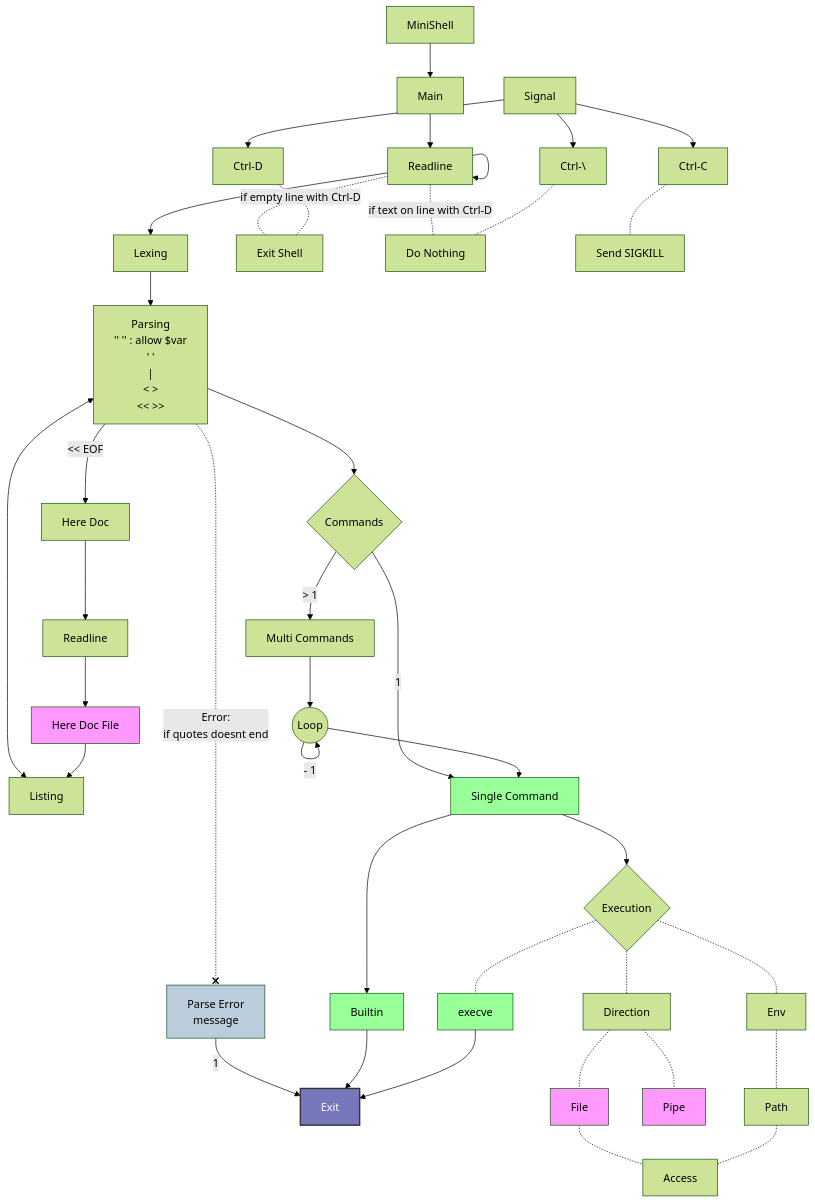
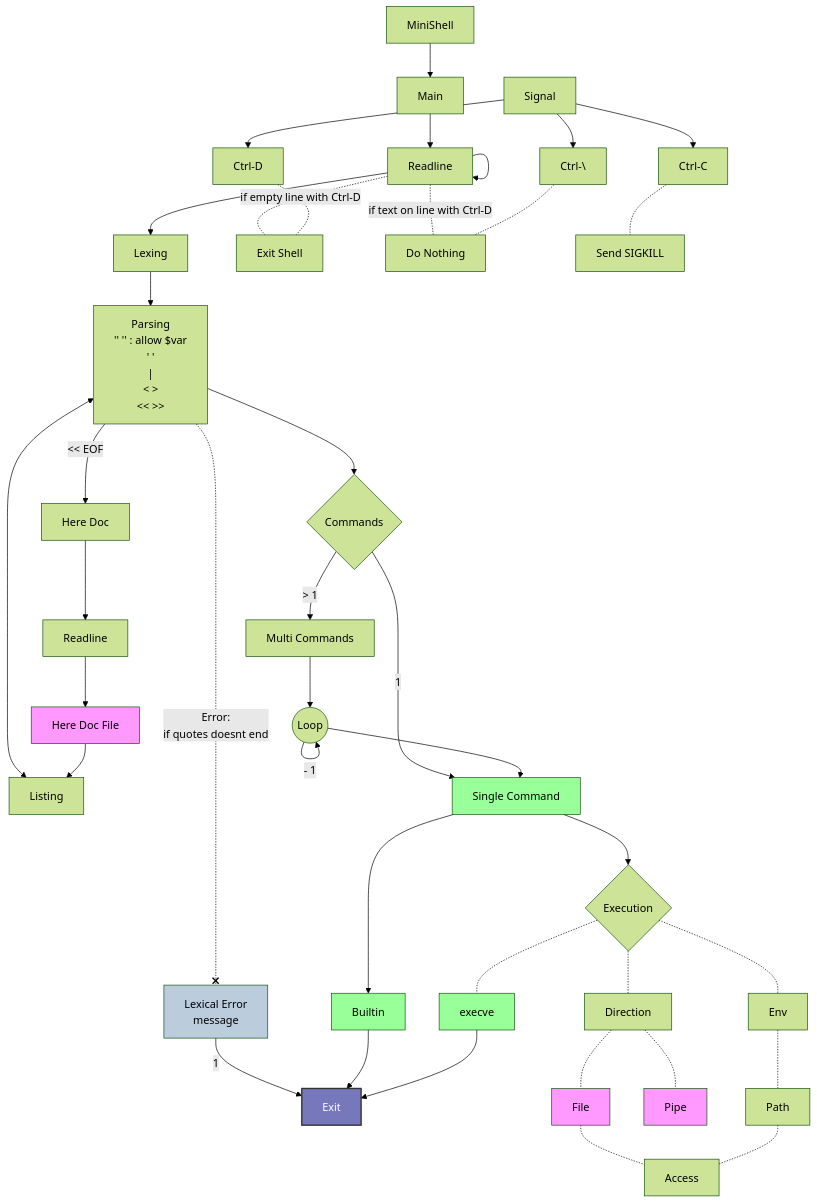
Before and after one commit to Tablerase/42_MiniShell: the first of 2 diagrams in README.md, drawn with Mermaid (forest theme). The commit also changed other lines of this file and 9 other files, not shown here.

````diff
--- a/README.md
+++ b/README.md
@@ -3,44 +3,44 @@
 ```mermaid
 graph TD
   classDef exit fill:#77b,stroke:#333,stroke-width:2px,color:#fff;
   classDef cmd fill:#9f9,color:#000;
   classDef msg fill:#bcd,color:#000;
   classDef file fill:#f9f,color:#000;
     A[MiniShell] --> B[Main]
     B --> readline[Readline]
     readline --> readline
     readline --> lexer[Lexing]
     lexer --> parser["Parsing\n '' '' : allow $var\n' '\n |\n <  > \n<<  >> "]
     readline -.- |"if empty line with Ctrl-D"|exit_shell
     readline -.- |"if text on line with Ctrl-D"|nothing
-    parser -.-x |Error:\nif quotes doesnt end| parse_error[Parse Error\nmessage]:::msg
+    parser -.-x |Error:\nif quotes doesnt end| parse_error[Lexical Error\nmessage]:::msg
     parse_error -->|1| Exit:::exit
     parser <--> list[Listing]
     parser --> |"<< EOF"|here_doc[Here Doc]
     here_doc --> readline2[Readline]
     readline2 --> here_doc_file[Here Doc File]:::file
     here_doc_file --> list
     parser --> command{Commands}
     command -->|1| single[Single Command]:::cmd
     command -->|> 1| multi[Multi Commands]
     multi --> loop((Loop))
     loop -->|- 1| loop
     loop --> single
     single --> exec{Execution}
     single --> builtin[Builtin]:::cmd
     exec -.- direction[Direction]
     direction -.- file[File]:::file
     file -.- access[Access]
     direction -.- pipe[Pipe]:::file
     exec -.- env[Env]
     env -.- path[Path]
     path -.- access
     exec -.- execve:::cmd
     builtin --> Exit
     execve --> Exit
 
     signal[Signal]
     signal --> SIGQUIT[Ctrl-\] -.- nothing[Do Nothing]
     signal --> SIGEOF[Ctrl-D] -.- exit_shell[Exit Shell]
     signal --> SIGINT[Ctrl-C] -.- kill[Send SIGKILL]
 ```
````
